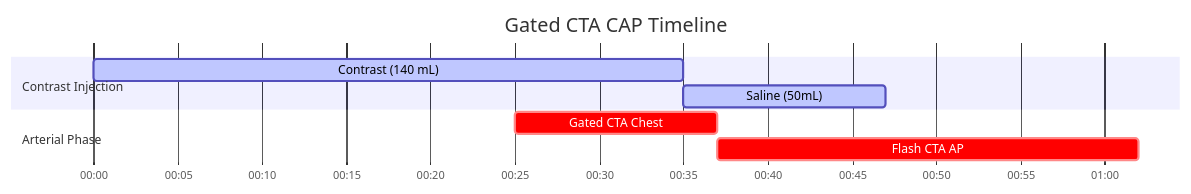
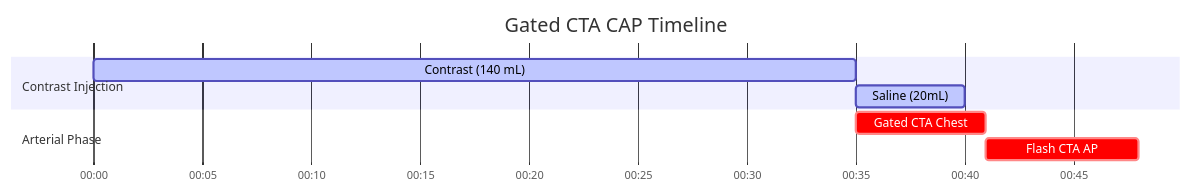
One commit to dfergs93/radiology-protocols changed the diagram in docs/ct/cardiac/gated-cta-cap.md. Above: the diagram before and after it, drawn with Mermaid. The commit also changed other lines of this file and 113 other files, not shown here.

````diff
--- a/docs/ct/cardiac/gated-cta-cap.md
+++ b/docs/ct/cardiac/gated-cta-cap.md
@@ -85,18 +85,18 @@
   ```mermaid
   ---
   config:
     theme: default
   ---
     gantt
       title Gated CTA CAP Timeline
       dateFormat mm:ss
       axisFormat %M:%S 
       
       section Contrast Injection
       Contrast (140 mL)    :active, contrast, 00:00, 35s
-      Saline (50mL)          :active, saline, after contrast, 12s
+      Saline (20mL)          :active, saline, after contrast, 5s
       section Arterial Phase
-      Gated CTA Chest    :crit, scan1, 00:25, 12s
+      Gated CTA Chest    :crit, scan1, after contrast, 6s
       section Arterial Phase
-      Flash CTA AP    :crit, scan2, after scan1, 25s
+      Flash CTA AP    :crit, scan2, after scan1, 7s
   ```
````
